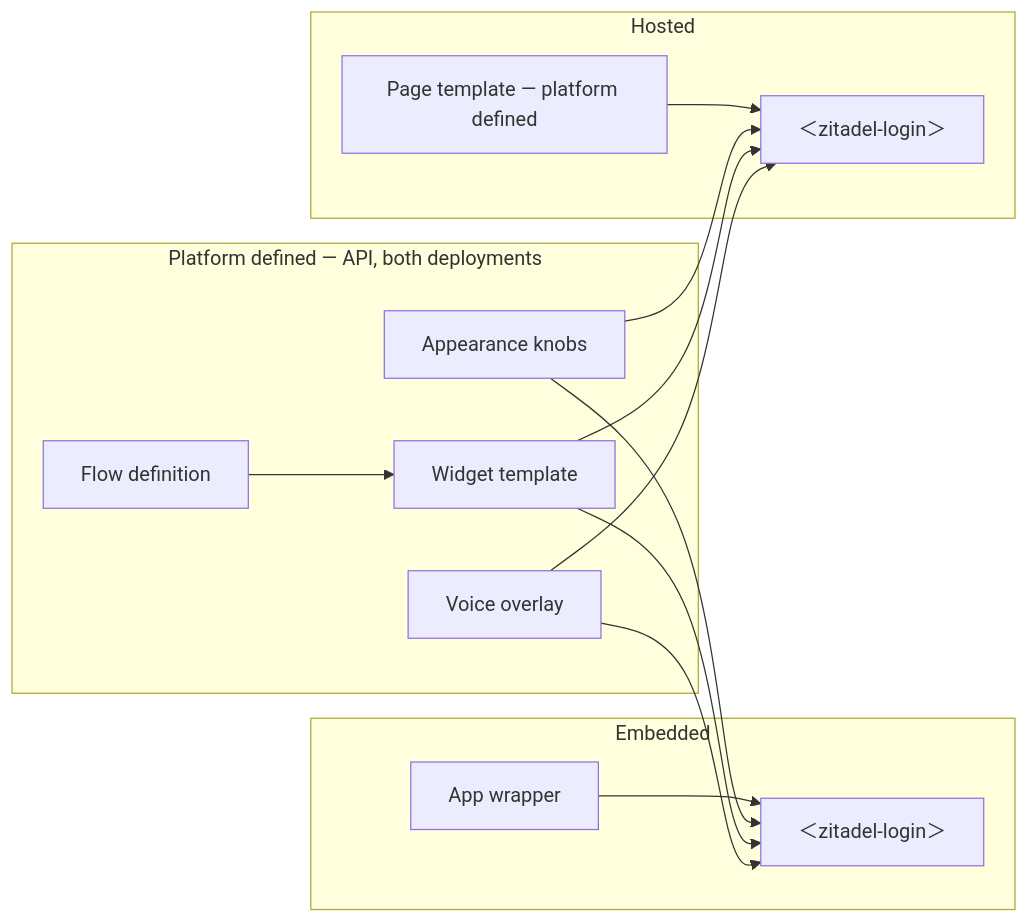
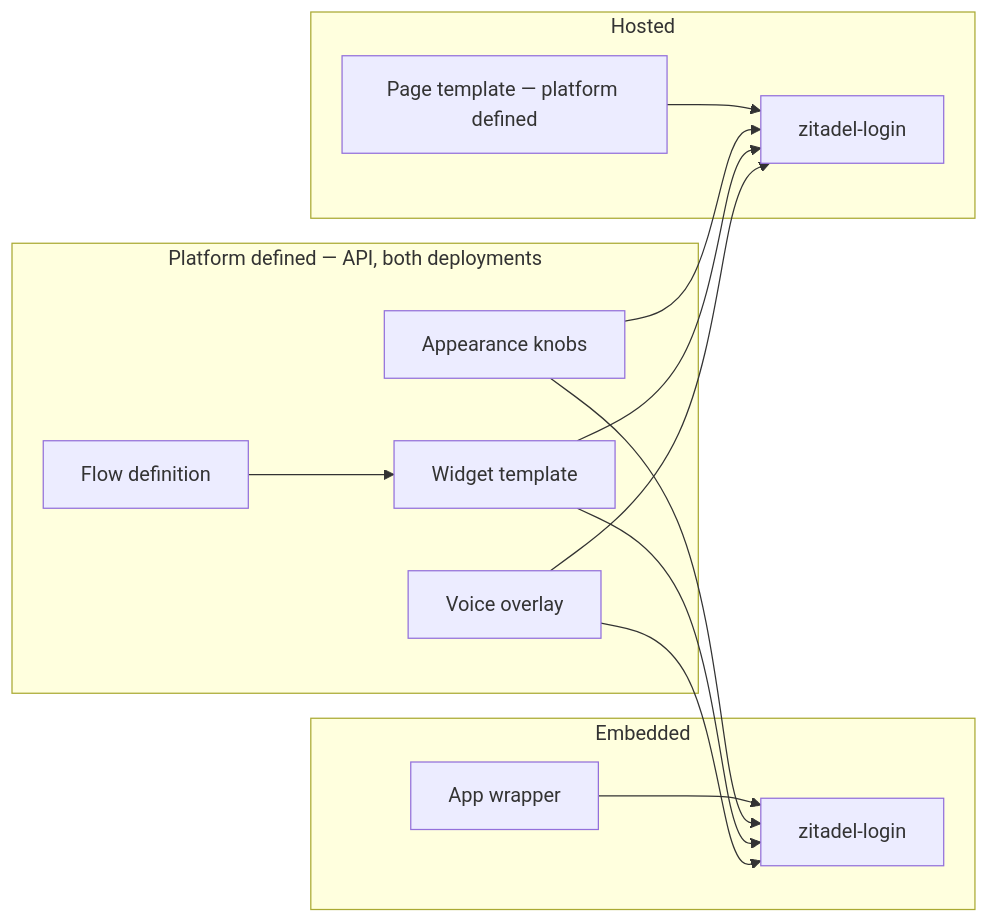
The third of 5 diagrams in docs/design/branding/customization-strategy.md (zitadel/nextgen), drawn with Mermaid before and after one commit. The commit also changed other lines of this file, not shown here.

First line of the commit message:
docs: use ASCII-only mermaid labels in customization graphs

````diff
--- a/docs/design/branding/customization-strategy.md
+++ b/docs/design/branding/customization-strategy.md
@@ -159,26 +159,26 @@
 ```mermaid
 flowchart LR
   subgraph embed [Embedded]
     EW[App wrapper]
-    EL["＜zitadel-login＞"]
+    EL[zitadel-login]
     EW --> EL
   end
   subgraph hosted [Hosted]
-    PT["Page template — platform defined"]
-    HL["＜zitadel-login＞"]
+    PT[Page template — platform defined]
+    HL[zitadel-login]
     PT --> HL
   end
   subgraph api [Platform defined — API, both deployments]
     AP[Appearance knobs]
     WT[Widget template]
     VO[Voice overlay]
     FL[Flow definition]
   end
   AP --> EL
   AP --> HL
   WT --> EL
   WT --> HL
   VO --> EL
   VO --> HL
   FL --> WT
 ```
````
